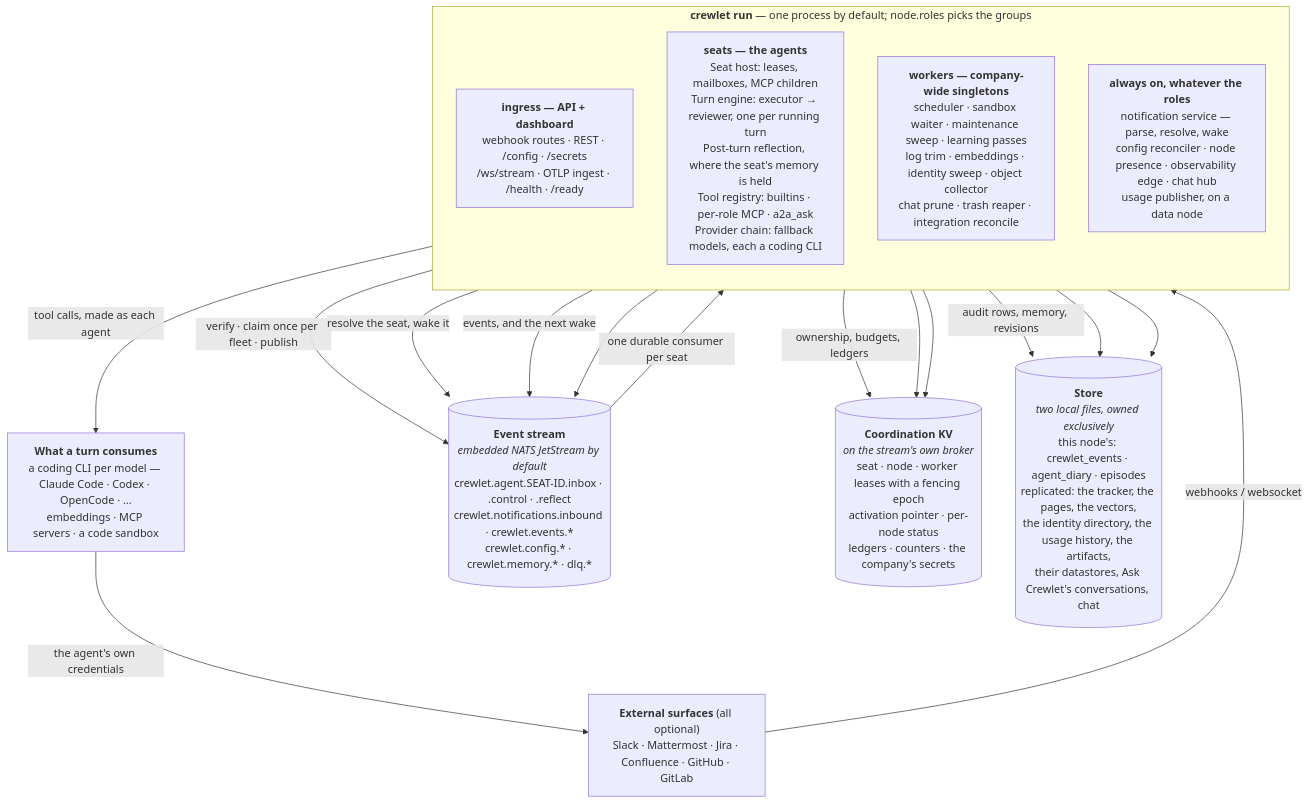
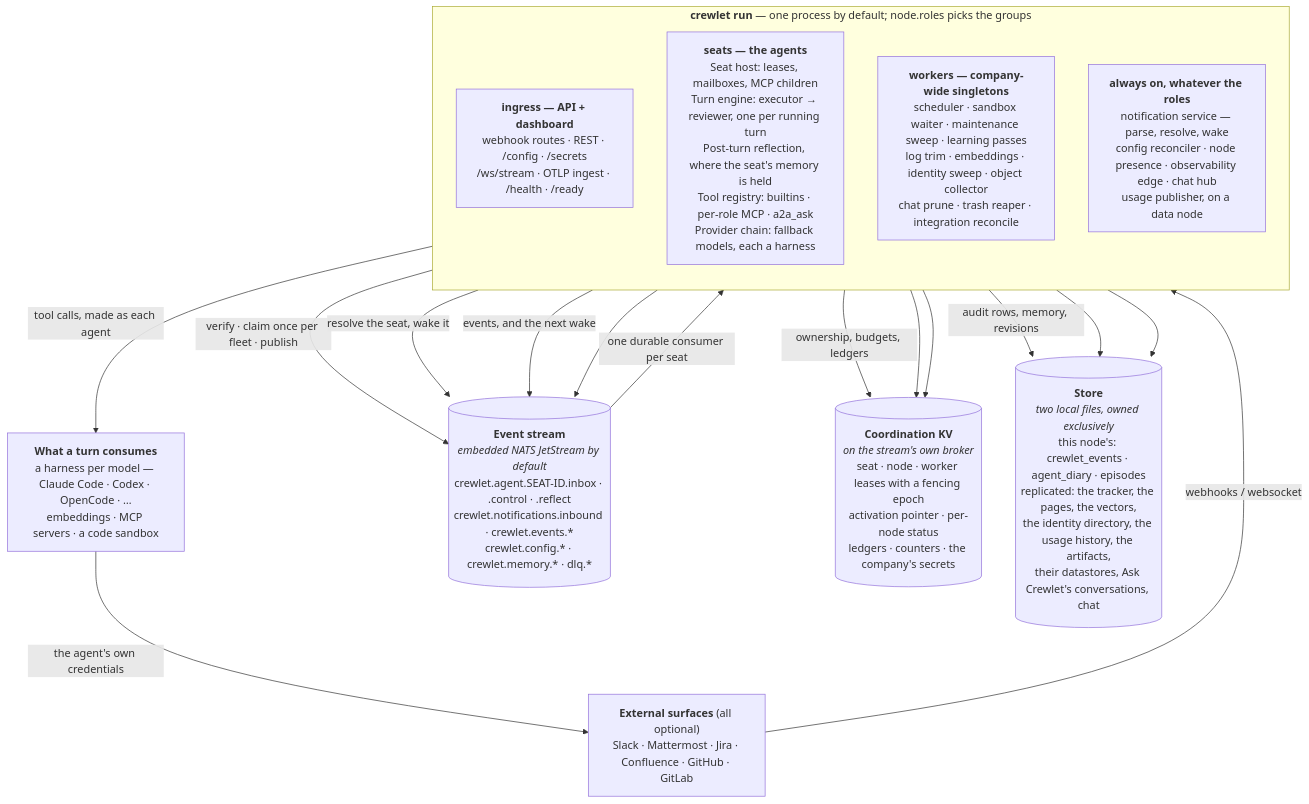
The diagram in docs/concepts/overview.md (crewlet/crewlet), drawn with Mermaid before and after one commit. The commit also changed other lines of this file and 64 other files, not shown here.

First line of the commit message:
docs(docs): say harness where the docs said coding CLI

````diff
--- a/docs/concepts/overview.md
+++ b/docs/concepts/overview.md
@@ -56,32 +56,32 @@
 ```mermaid
 flowchart TB
     EXT["<b>External surfaces</b> (all optional)<br/>Slack · Mattermost · Jira · Confluence · GitHub · GitLab"]
-    SUPPLY["<b>What a turn consumes</b><br/>a coding CLI per model — Claude Code · Codex · OpenCode · …<br/>embeddings · MCP servers · a code sandbox"]
+    SUPPLY["<b>What a turn consumes</b><br/>a harness per model — Claude Code · Codex · OpenCode · …<br/>embeddings · MCP servers · a code sandbox"]
 
     subgraph proc["<b>crewlet run</b> — one process by default; node.roles picks the groups"]
         direction TB
         API["<b>ingress — API + dashboard</b><br/>webhook routes · REST · /config · /secrets<br/>/ws/stream · OTLP ingest · /health · /ready"]
-        SEAT["<b>seats — the agents</b><br/>Seat host: leases, mailboxes, MCP children<br/>Turn engine: executor → reviewer, one per running turn<br/>Post-turn reflection, where the seat's memory is held<br/>Tool registry: builtins · per-role MCP · a2a_ask<br/>Provider chain: fallback models, each a coding CLI"]
+        SEAT["<b>seats — the agents</b><br/>Seat host: leases, mailboxes, MCP children<br/>Turn engine: executor → reviewer, one per running turn<br/>Post-turn reflection, where the seat's memory is held<br/>Tool registry: builtins · per-role MCP · a2a_ask<br/>Provider chain: fallback models, each a harness"]
         DUTY["<b>workers — company-wide singletons</b><br/>scheduler · sandbox waiter · maintenance sweep · learning passes<br/>log trim · embeddings · identity sweep · object collector<br/>chat prune · trash reaper · integration reconcile"]
         CORE["<b>always on, whatever the roles</b><br/>notification service — parse, resolve, wake<br/>config reconciler · node presence · observability edge · chat hub<br/>usage publisher, on a data node"]
     end
 
     STREAM[("<b>Event stream</b><br/><i>embedded NATS JetStream by default</i><br/>crewlet.agent.SEAT-ID.inbox · .control · .reflect<br/>crewlet.notifications.inbound · crewlet.events.*<br/>crewlet.config.* · crewlet.memory.* · dlq.*")]
     KV[("<b>Coordination KV</b><br/><i>on the stream's own broker</i><br/>seat · node · worker leases with a fencing epoch<br/>activation pointer · per-node status<br/>ledgers · counters · the company's secrets")]
     DB[("<b>Store</b><br/><i>two local files, owned exclusively</i><br/>this node's: crewlet_events · agent_diary · episodes<br/>replicated: the tracker, the pages, the vectors,<br/>the identity directory, the usage history, the artifacts,<br/>their datastores, Ask Crewlet's conversations, chat")]
 
     EXT -->|"webhooks / websocket"| API
     API -->|"verify · claim once per fleet · publish"| STREAM
     CORE -->|"resolve the seat, wake it"| STREAM
     STREAM -->|"one durable consumer per seat"| SEAT
     SEAT -->|"tool calls, made as each agent"| SUPPLY
     SUPPLY -->|"the agent's own credentials"| EXT
     SEAT -->|"events, and the next wake"| STREAM
     DUTY --> STREAM
     SEAT -->|"ownership, budgets, ledgers"| KV
     CORE --> KV
     DUTY --> KV
     SEAT -->|"audit rows, memory, revisions"| DB
     CORE --> DB
     API --> DB
 ```
````
